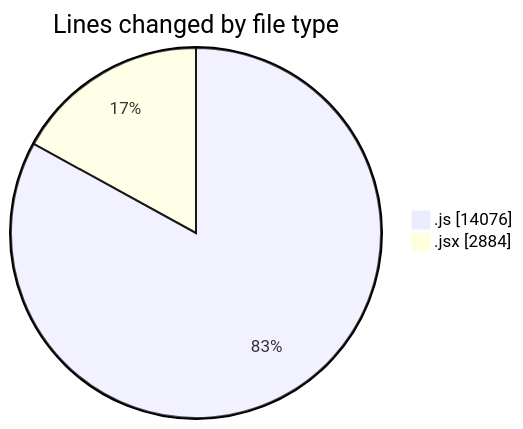
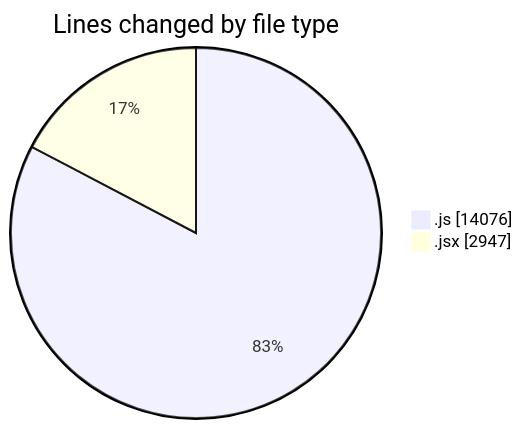
Before and after one commit to nxtqubesakshisongat/code-tracking: the first of 2 diagrams in 2025-09-26/nxtqube_webapp/README.md, drawn with Mermaid. The commit also changed other lines of this file and 1 other file, not shown here.

````diff
--- a/2025-09-26/nxtqube_webapp/README.md
+++ b/2025-09-26/nxtqube_webapp/README.md
@@ -27,6 +27,6 @@
 ```mermaid
 pie showData
 title Lines changed by file type
 ".js" : 14076
-".jsx" : 2884
+".jsx" : 2947
 ```
````
